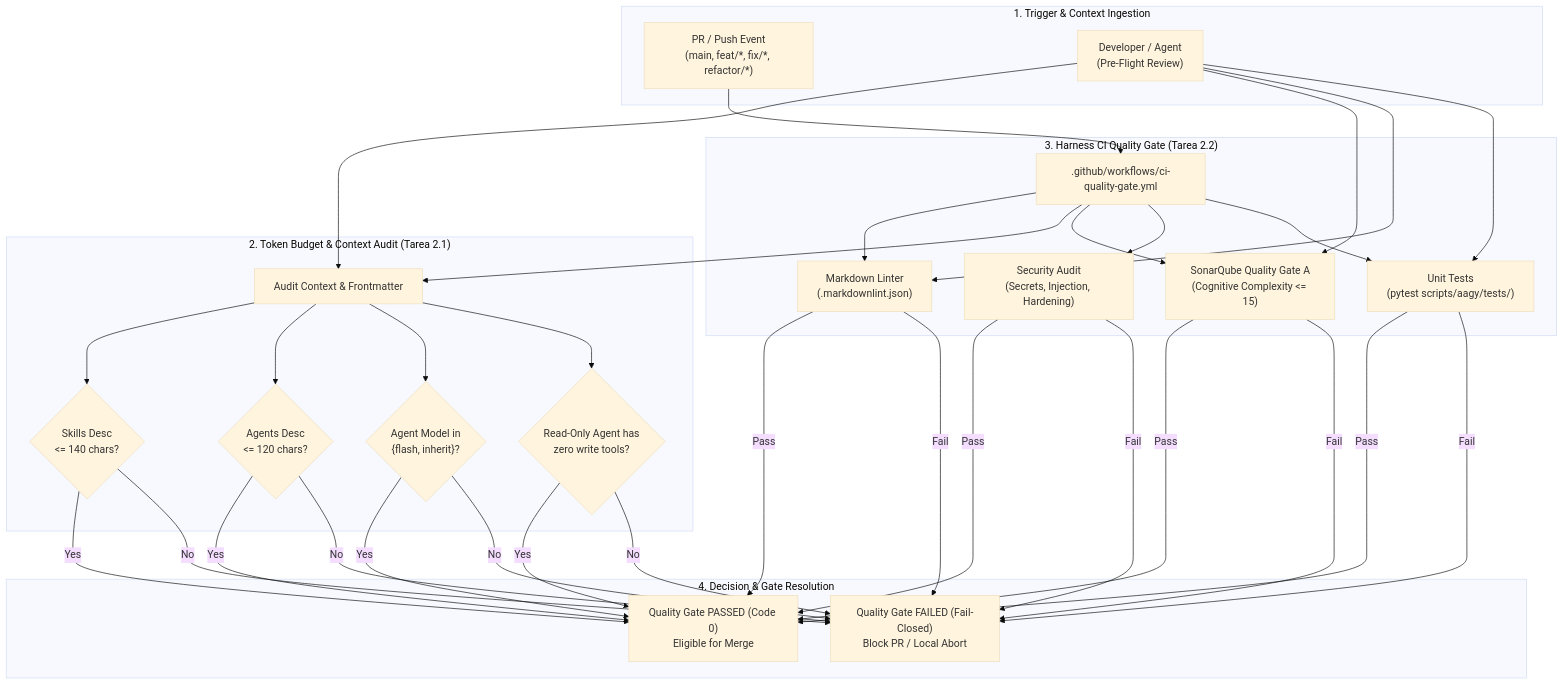
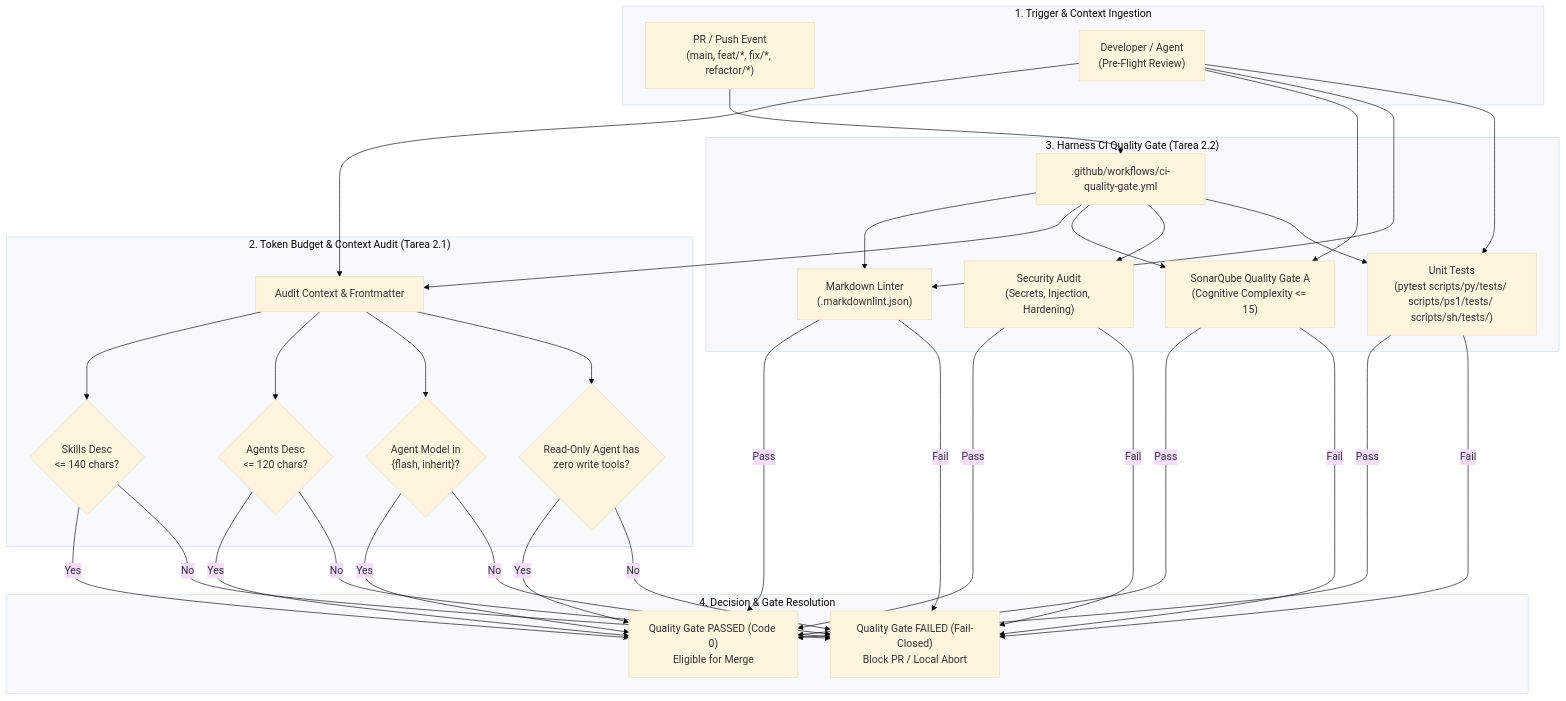
The diagram in doc/03-domain-and-flows/dgrms/DGRM_aagy_token_optimization_and_ci_gate.mmd (ACB75/aagy), drawn with Mermaid (base theme) before and after one commit. The commit also changed 5 other files, not shown here.

```diff
--- a/doc/03-domain-and-flows/dgrms/DGRM_aagy_token_optimization_and_ci_gate.mmd
+++ b/doc/03-domain-and-flows/dgrms/DGRM_aagy_token_optimization_and_ci_gate.mmd
@@ -1,61 +1,61 @@
 flowchart TD
     subgraph Input["1. Trigger & Context Ingestion"]
         PR["PR / Push Event\n(main, feat/*, fix/*, refactor/*)"]
         LocalDev["Developer / Agent\n(Pre-Flight Review)"]
     end
 
     subgraph TokenOptimization["2. Token Budget & Context Audit (Tarea 2.1)"]
         Scan["Audit Context & Frontmatter"]
         SkillBudget{"Skills Desc\n<= 140 chars?"}
         AgentBudget{"Agents Desc\n<= 120 chars?"}
         ModelCheck{"Agent Model in\n{flash, inherit}?"}
         PrivilegeCheck{"Read-Only Agent has\nzero write tools?"}
         
         Scan --> SkillBudget
         Scan --> AgentBudget
         Scan --> ModelCheck
         Scan --> PrivilegeCheck
     end
 
     subgraph QualityGate["3. Harness CI Quality Gate (Tarea 2.2)"]
         GHAction[".github/workflows/ci-quality-gate.yml"]
         MDLint["Markdown Linter\n(.markdownlint.json)"]
         SonarCheck["SonarQube Quality Gate A\n(Cognitive Complexity <= 15)"]
         SecCheck["Security Audit\n(Secrets, Injection, Hardening)"]
-        PyTests["Unit Tests\n(pytest scripts/aagy/tests/)"]
+        PyTests["Unit Tests\n(pytest scripts/py/tests/ scripts/ps1/tests/ scripts/sh/tests/)"]
         
         GHAction --> MDLint
         GHAction --> Scan
         GHAction --> SonarCheck
         GHAction --> SecCheck
         GHAction --> PyTests
     end
 
     subgraph Outcome["4. Decision & Gate Resolution"]
         Pass["Quality Gate PASSED (Code 0)\nEligible for Merge"]
         Fail["Quality Gate FAILED (Fail-Closed)\nBlock PR / Local Abort"]
     end
 
     PR --> GHAction
     LocalDev --> Scan
     LocalDev --> SonarCheck
     LocalDev --> MDLint
     LocalDev --> PyTests
 
     SkillBudget -- Yes --> Pass
     AgentBudget -- Yes --> Pass
     ModelCheck -- Yes --> Pass
     PrivilegeCheck -- Yes --> Pass
     MDLint -- Pass --> Pass
     SonarCheck -- Pass --> Pass
     SecCheck -- Pass --> Pass
     PyTests -- Pass --> Pass
 
     SkillBudget -- No --> Fail
     AgentBudget -- No --> Fail
     ModelCheck -- No --> Fail
     PrivilegeCheck -- No --> Fail
     MDLint -- Fail --> Fail
     SonarCheck -- Fail --> Fail
     SecCheck -- Fail --> Fail
     PyTests -- Fail --> Fail
```
